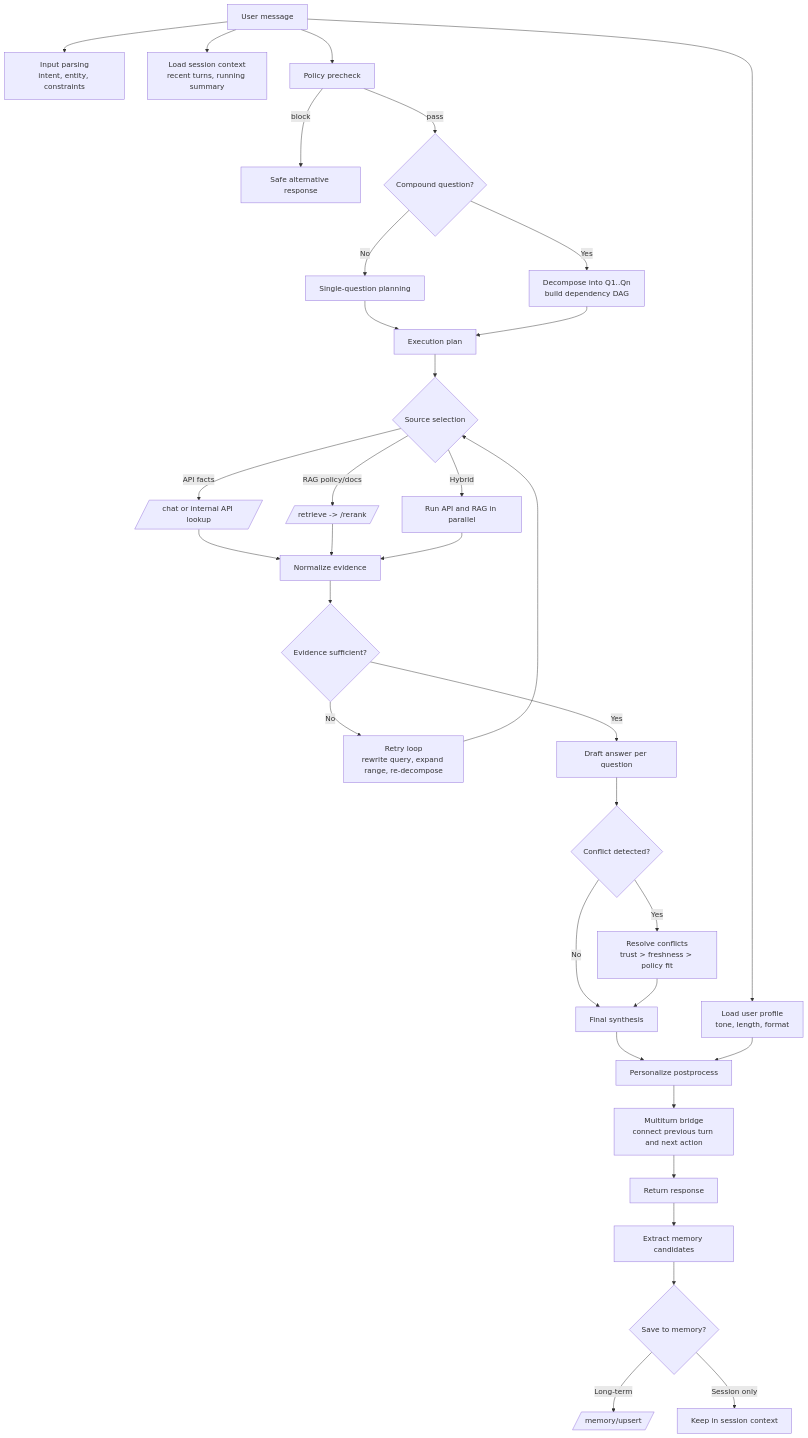
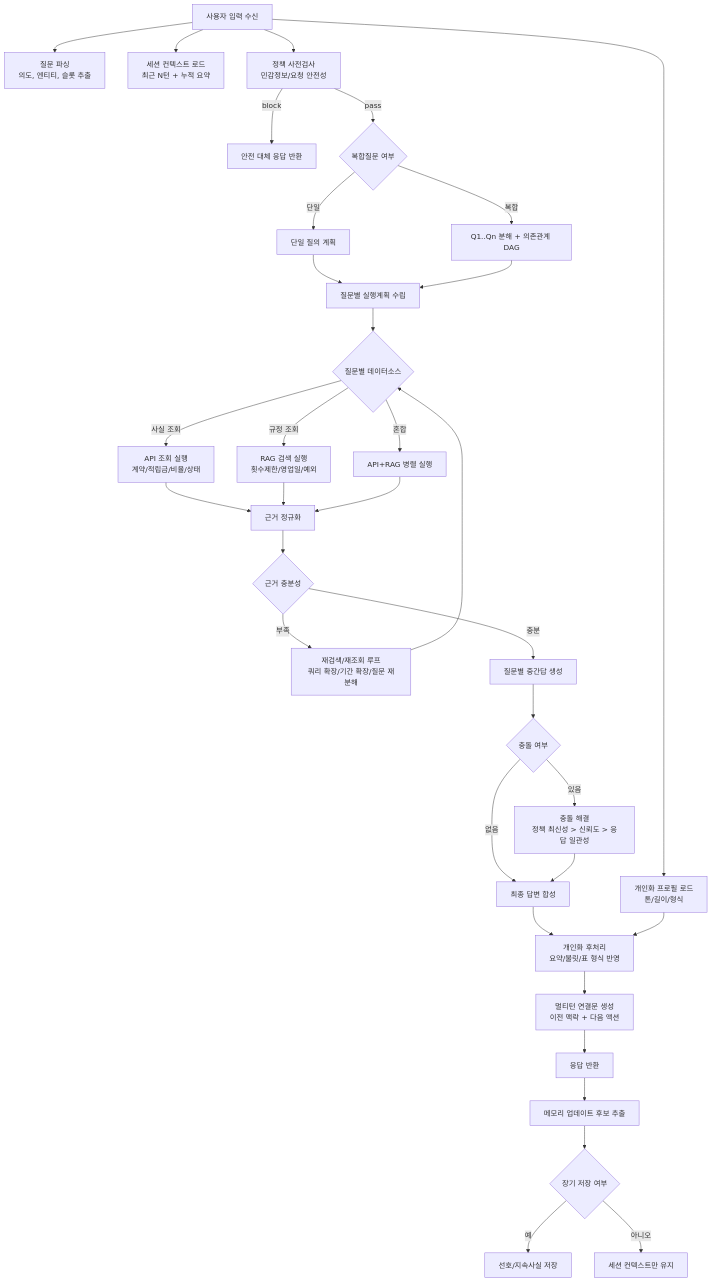
One commit to kijungchoi-hub/aia-multiturn-with-llm-and-rag changed the second of 2 diagrams in README.md. Above: the diagram before and after it, drawn with Mermaid. The commit also changed other lines of this file, not shown here.

Commit message:
all flow added by gmjung

````diff
--- a/README.md
+++ b/README.md
@@ -21,45 +43,45 @@
 ```mermaid
 flowchart TD
-    A[User message] --> B[Input parsing<br/>intent, entity, constraints]
-    A --> C[Load session context<br/>recent turns, running summary]
-    A --> D[Load user profile<br/>tone, length, format]
-    A --> P[Policy precheck]
+    A[사용자 입력 수신] --> B[질문 파싱<br/>의도, 엔티티, 슬롯 추출]
+    A --> C[세션 컨텍스트 로드<br/>최근 N턴 + 누적 요약]
+    A --> D[개인화 프로필 로드<br/>톤/길이/형식]
+    A --> P[정책 사전검사<br/>민감정보/요청 안전성]
 
-    P -->|block| PX[Safe alternative response]
-    P -->|pass| E{Compound question?}
+    P -->|block| PX[안전 대체 응답 반환]
+    P -->|pass| E{복합질문 여부}
 
-    E -->|No| F1[Single-question planning]
-    E -->|Yes| F2[Decompose into Q1..Qn<br/>build dependency DAG]
+    E -->|단일| F1[단일 질의 계획]
+    E -->|복합| F2[Q1..Qn 분해 + 의존관계 DAG]
 
-    F1 --> G[Execution plan]
-    F2 --> G
+    F1 --> G
+    F2 --> G[질문별 실행계획 수립]
 
-    G --> H{Source selection}
-    H -->|API facts| I[/chat or internal API lookup/]
-    H -->|RAG policy/docs| J[/retrieve -> /rerank/]
-    H -->|Hybrid| K[Run API and RAG in parallel]
+    G --> H{질문별 데이터소스}
+    H -->|사실 조회| I[API 조회 실행<br/>계약/적립금/비율/상태]
+    H -->|규정 조회| J[RAG 검색 실행<br/>횟수제한/영업일/예외]
+    H -->|혼합| K[API+RAG 병렬 실행]
 
-    I --> L[Normalize evidence]
+    I --> L[근거 정규화]
     J --> L
     K --> L
 
-    L --> M{Evidence sufficient?}
-    M -->|No| N[Retry loop<br/>rewrite query, expand range, re-decompose]
+    L --> M{근거 충분성}
+    M -->|부족| N[재검색/재조회 루프<br/>쿼리 확장/기간 확장/질문 재분해]
     N --> H
-    M -->|Yes| O[Draft answer per question]
+    M -->|충분| O[질문별 중간답 생성]
 
-    O --> Q{Conflict detected?}
-    Q -->|Yes| R[Resolve conflicts<br/>trust > freshness > policy fit]
-    Q -->|No| S[Final synthesis]
-    R --> S
+    O --> Q{충돌 여부}
+    Q -->|있음| R[충돌 해결<br/>정책 최신성 > 신뢰도 > 응답 일관성]
+    Q -->|없음| S
+    R --> S[최종 답변 합성]
 
-    S --> T[Personalize postprocess]
+    S --> T[개인화 후처리<br/>요약/불릿/표 형식 반영]
     D --> T
-    T --> U[Multiturn bridge<br/>connect previous turn and next action]
-    U --> V[Return response]
+    T --> U[멀티턴 연결문 생성<br/>이전 맥락 + 다음 액션]
+    U --> V[응답 반환]
 
-    V --> W[Extract memory candidates]
-    W --> X{Save to memory?}
-    X -->|Long-term| Y[/memory/upsert/]
-    X -->|Session only| Z[Keep in session context]
+    V --> W[메모리 업데이트 후보 추출]
+    W --> X{장기 저장 여부}
+    X -->|예| Y[선호/지속사실 저장]
+    X -->|아니오| Z[세션 컨텍스트만 유지]
 ```
````
